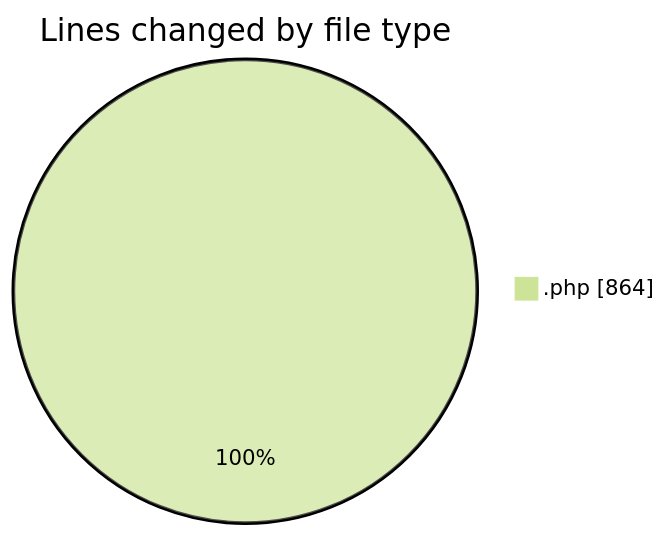
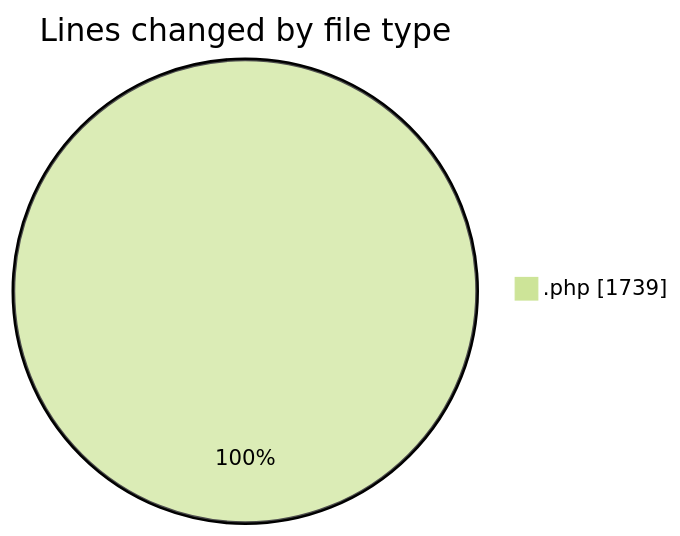
One commit to debugP/code-tracking changed the first of 2 diagrams in 2026-07-13/wp-content/README.md. Above: the diagram before and after it, drawn with Mermaid (forest theme). The commit also changed other lines of this file and 1 other file, not shown here.

````diff
--- a/2026-07-13/wp-content/README.md
+++ b/2026-07-13/wp-content/README.md
@@ -20,5 +20,5 @@
 ```mermaid
 pie showData
 title Lines changed by file type
-".php" : 864
+".php" : 1739
 ```
````
